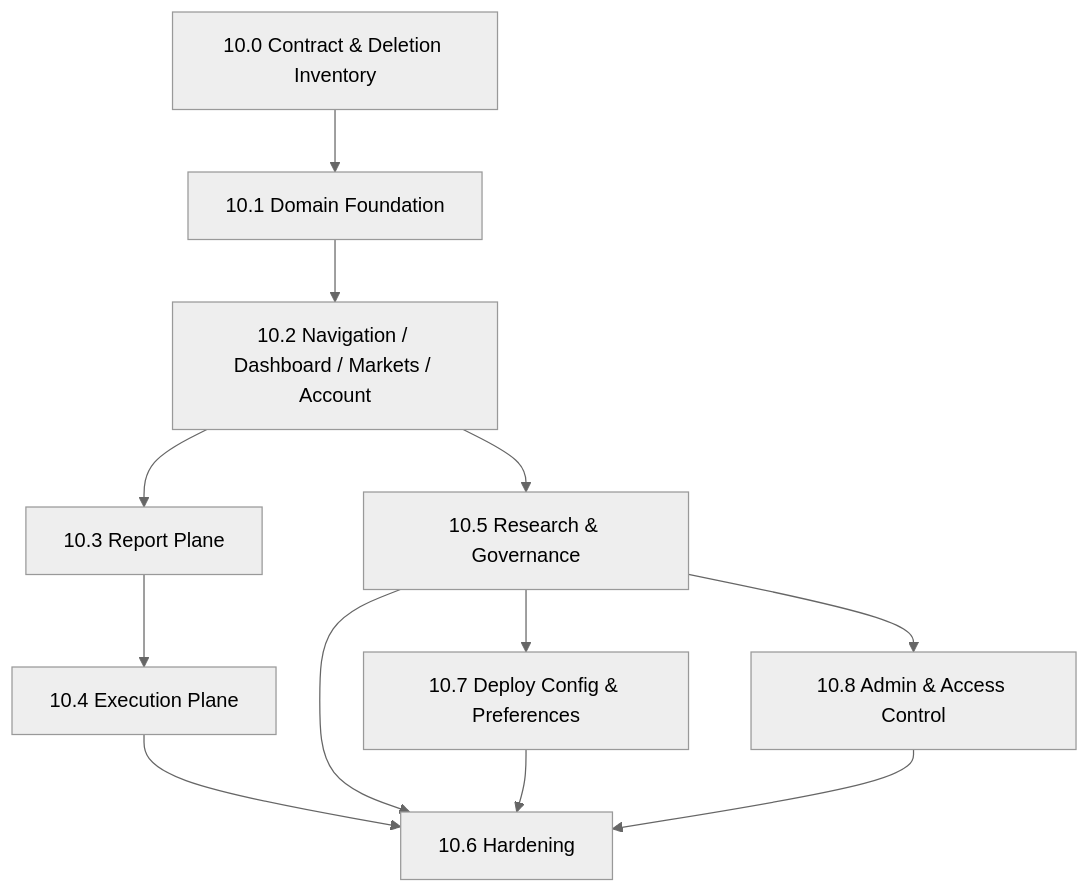
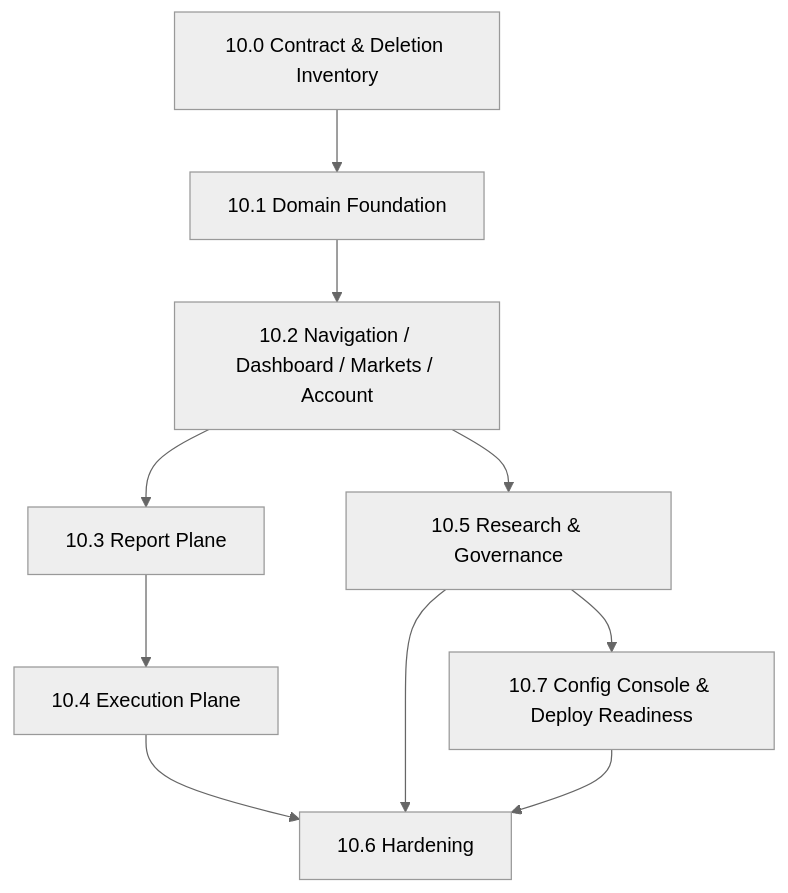
The diagram in docs/plans/quant-pivot/phase-10/README.md (solomon-ssy/oxide-arb), drawn with Mermaid (neutral theme) before and after one commit. The commit also changed other lines of this file and 330 other files, not shown here.

Commit message:
feat(migration,models,repository,storage,core,web,xtask,docs,config): 🧬 Close typed persistence — sql-contract registry, JSONB/persistence field audits, semantic newtypes, SeaORM 2.0.0 stable, plaintext SecretText deploy config, and drop constant inventory

````diff
--- a/docs/plans/quant-pivot/phase-10/README.md
+++ b/docs/plans/quant-pivot/phase-10/README.md
@@ -64,22 +63,20 @@
 ```mermaid
 flowchart TD
     P100["10.0 Contract & Deletion Inventory"]
     P101["10.1 Domain Foundation"]
     P102["10.2 Navigation / Dashboard / Markets / Account"]
     P103["10.3 Report Plane"]
     P104["10.4 Execution Plane"]
     P105["10.5 Research & Governance"]
     P106["10.6 Hardening"]
 
     P100 --> P101
     P101 --> P102
     P102 --> P103
     P103 --> P104
     P102 --> P105
     P104 --> P106
     P105 --> P106
-    P105 --> P107["10.7 Deploy Config & Preferences"]
-    P105 --> P108["10.8 Admin & Access Control"]
+    P105 --> P107["10.7 Config Console & Deploy Readiness"]
     P107 --> P106
-    P108 --> P106
 ```
````
